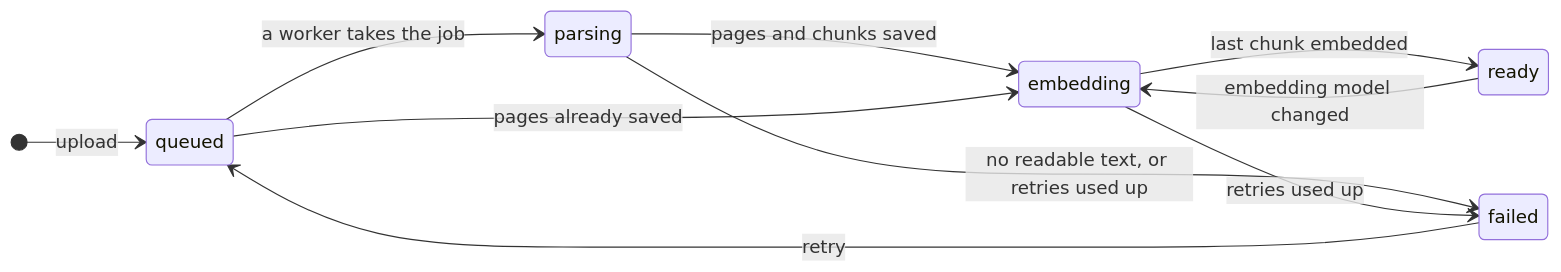
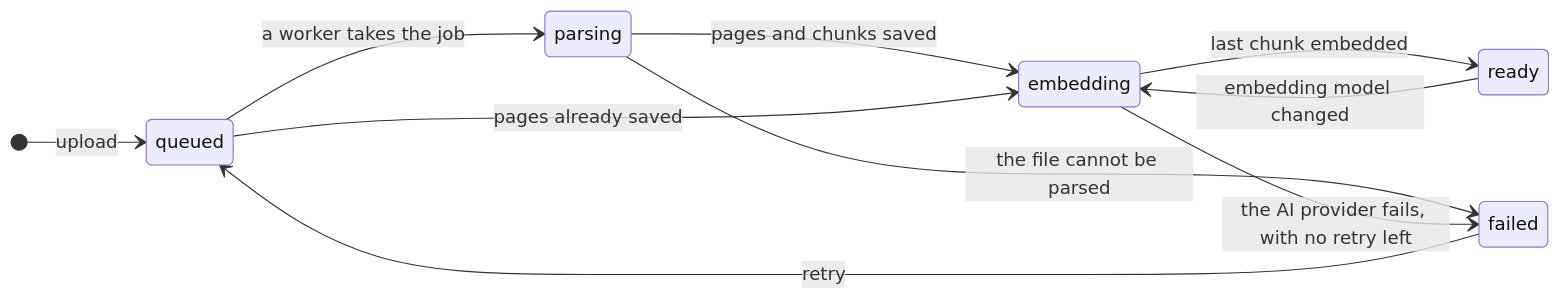
One commit to shishirmehto/doc-vault changed the diagram in docs/design.md. Above: the diagram before and after it, drawn with Mermaid. The commit also changed other lines of this file and 2 other files, not shown here.

Commit message:
Docs: the status chart and the lifecycle notes say only what the code does
- design.md: parsing fails when the file cannot be parsed, and embedding fails when the provider fails with no retry left. Parsing never calls the provider.
- design.md and lifecycle.md: queued to failed is what the transition table allows, for an error before parsing starts. The model has no such step.
- lifecycle.md: on the two arrows out of Parsing, only the provider half of the label is a path the code cannot take.
- README: the limit on canned responses no longer repeats what the live run covered.

````diff
--- a/docs/design.md
+++ b/docs/design.md
@@ -32,13 +32,13 @@
 ```mermaid
 stateDiagram-v2
   direction LR
   [*] --> queued: upload
   queued --> parsing: a worker takes the job
   parsing --> embedding: pages and chunks saved
   embedding --> ready: last chunk embedded
-  parsing --> failed: no readable text, or retries used up
-  embedding --> failed: retries used up
+  parsing --> failed: the file cannot be parsed
+  embedding --> failed: the AI provider fails, with no retry left
   failed --> queued: retry
   queued --> embedding: pages already saved
   ready --> embedding: embedding model changed
 ```
````
